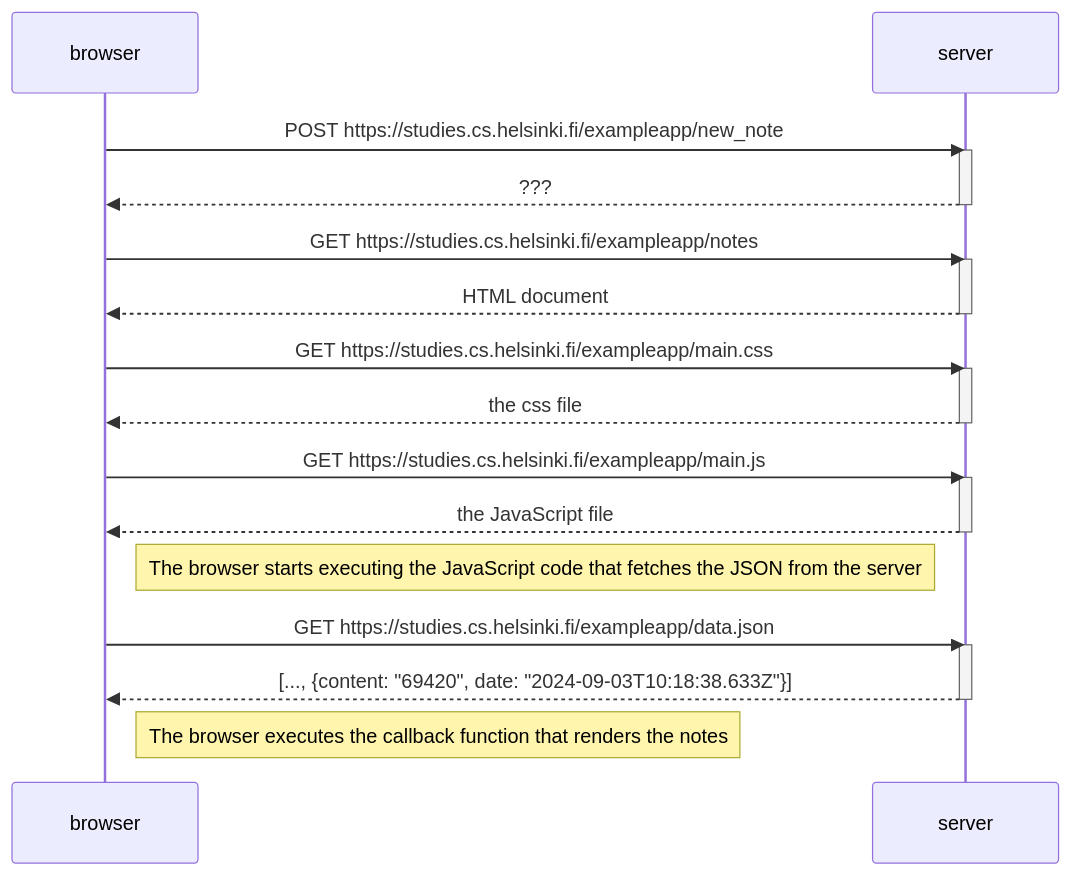
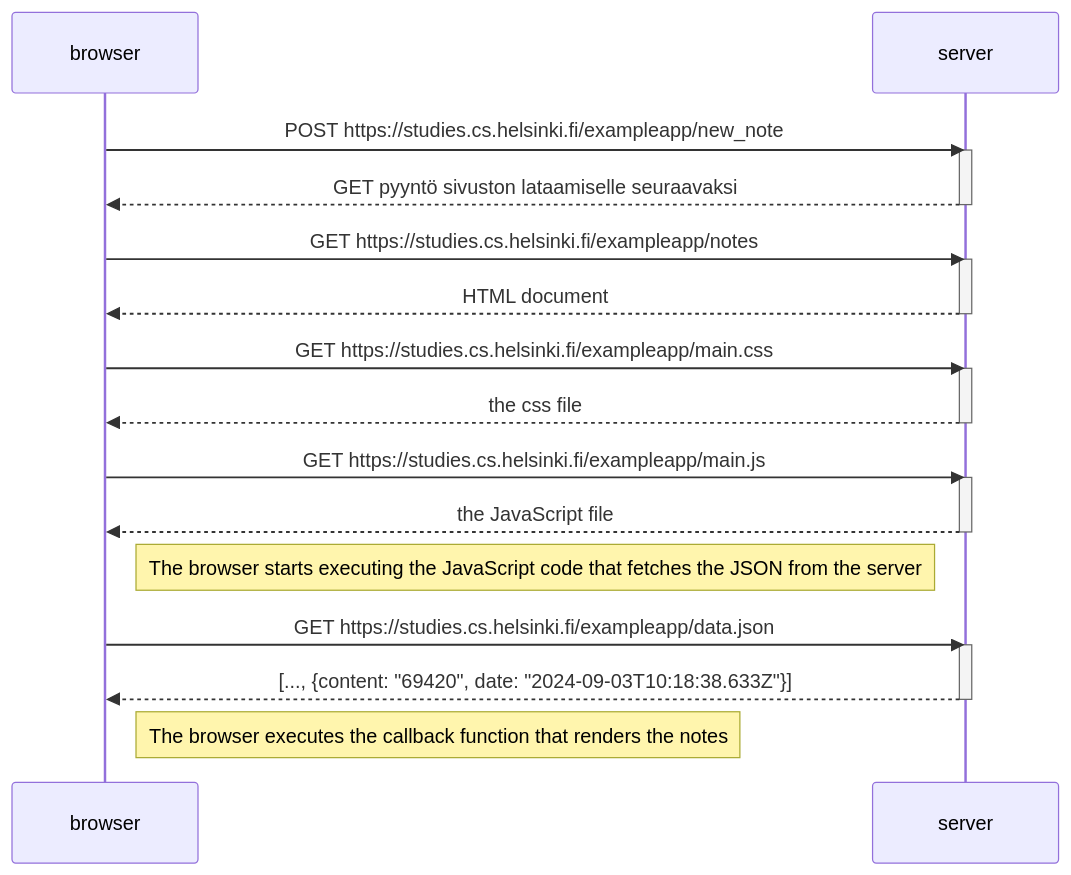
Before and after one commit to Seakorv/FullStackOpen: the diagram in osa0/0_4.md, drawn with Mermaid.

````diff
--- a/osa0/0_4.md
+++ b/osa0/0_4.md
@@ -1,34 +1,34 @@
 ```mermaid
 sequenceDiagram
     participant browser
     participant server
     
     browser->>server: POST https://studies.cs.helsinki.fi/exampleapp/new_note
     activate server
-    server-->>browser: ???
+    server-->>browser: GET pyyntö sivuston lataamiselle seuraavaksi
     deactivate server
 
     browser->>server: GET https://studies.cs.helsinki.fi/exampleapp/notes
     activate server
     server-->>browser: HTML document
     deactivate server
     
     browser->>server: GET https://studies.cs.helsinki.fi/exampleapp/main.css
     activate server
     server-->>browser: the css file
     deactivate server
     
     browser->>server: GET https://studies.cs.helsinki.fi/exampleapp/main.js
     activate server
     server-->>browser: the JavaScript file
     deactivate server
     
     Note right of browser: The browser starts executing the JavaScript code that fetches the JSON from the server
     
     browser->>server: GET https://studies.cs.helsinki.fi/exampleapp/data.json
     activate server
     server-->>browser: [..., {content: "69420", date: "2024-09-03T10:18:38.633Z"}]
     deactivate server    
 
     Note right of browser: The browser executes the callback function that renders the notes 
 ```
````
